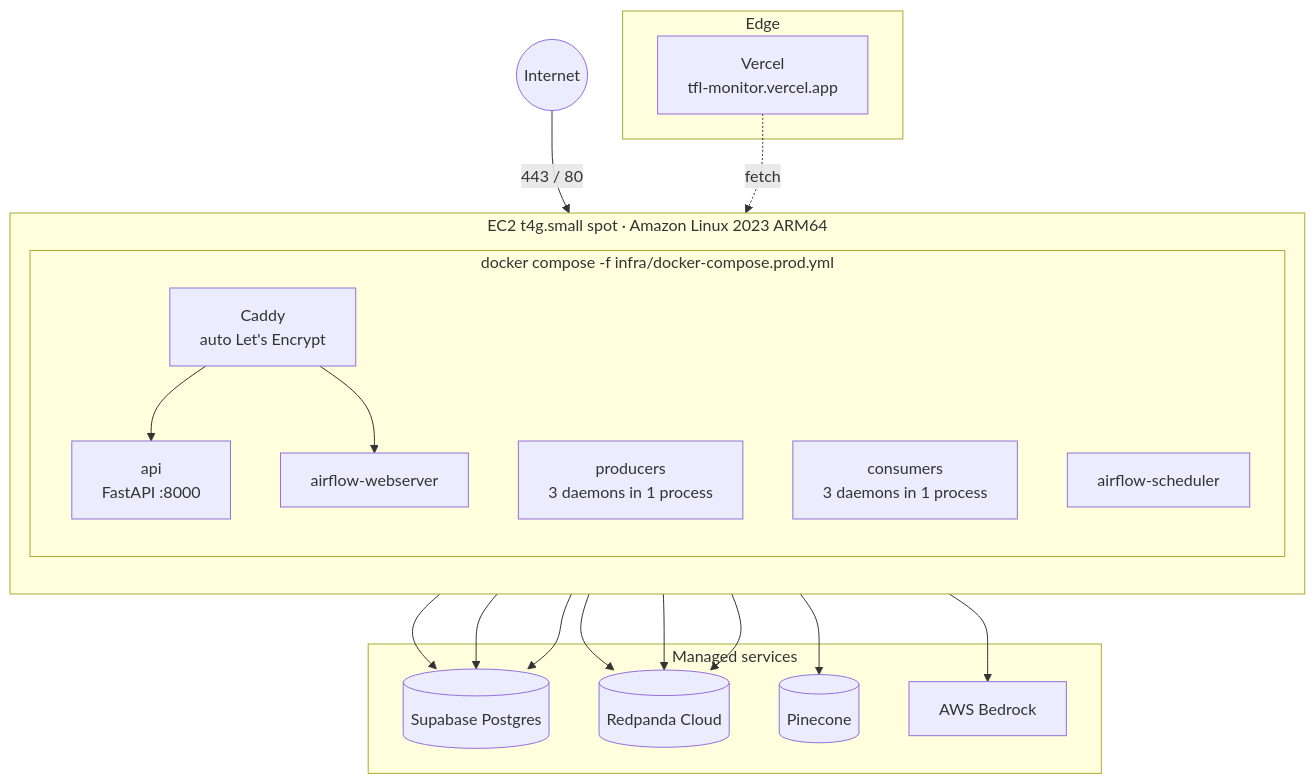
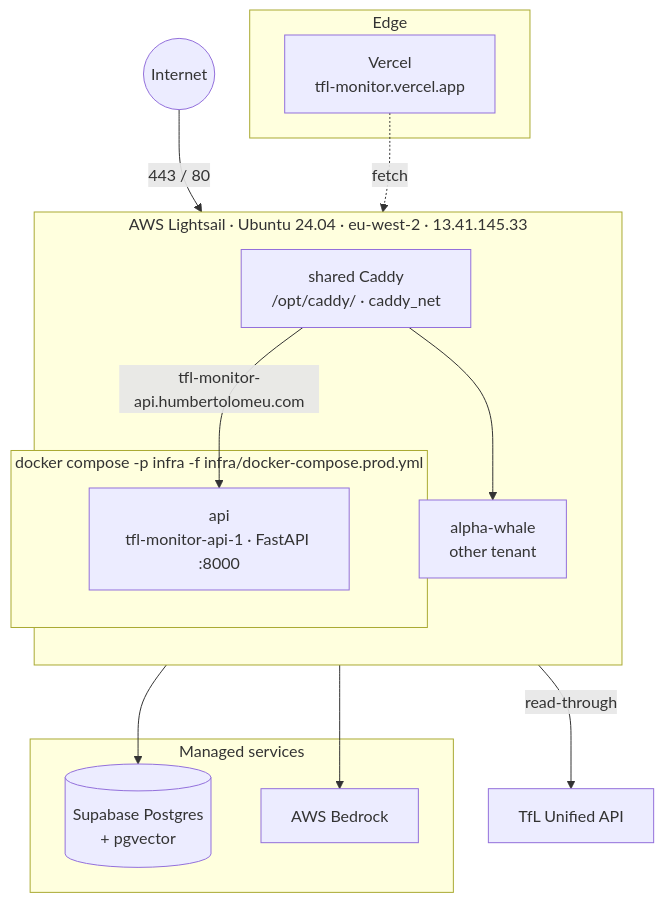
One commit to hcslomeu/tfl-monitor changed the first of 2 diagrams in docs/deployment.md. Above: the diagram before and after it, drawn with Mermaid. The commit also changed other lines of this file and 15 other files, not shown here.

First line of the commit message:
docs: sync mkdocs site with live-proxy architecture (TM-35) (#131)

````diff
--- a/docs/deployment.md
+++ b/docs/deployment.md
@@ -29,36 +31,28 @@
 ```mermaid
 flowchart TB
     INET((Internet))
     INET -->|443 / 80| CADDY
-    subgraph EC2["EC2 t4g.small spot · Amazon Linux 2023 ARM64"]
+    subgraph LS["AWS Lightsail · Ubuntu 24.04 · eu-west-2 · 13.41.145.33"]
       direction TB
-      subgraph DOCKER["docker compose -f infra/docker-compose.prod.yml"]
-        CADDY[Caddy<br/>auto Let's Encrypt]
-        API[api<br/>FastAPI :8000]
-        PROD[producers<br/>3 daemons in 1 process]
-        CONS[consumers<br/>3 daemons in 1 process]
-        SCH[airflow-scheduler]
-        WEB[airflow-webserver]
+      CADDY[shared Caddy<br/>/opt/caddy/ · caddy_net]
+      subgraph INFRA["docker compose -p infra -f infra/docker-compose.prod.yml"]
+        API[api<br/>tfl-monitor-api-1 · FastAPI :8000]
       end
+      ALPHA[alpha-whale<br/>other tenant]
     end
     subgraph CLOUD[Managed services]
-      SB[(Supabase Postgres)]
-      RP[(Redpanda Cloud)]
-      PC[(Pinecone)]
+      SB[(Supabase Postgres<br/>+ pgvector)]
       BR[AWS Bedrock]
     end
     subgraph EDGE[Edge]
       VER[Vercel<br/>tfl-monitor.vercel.app]
     end
-    CADDY --> API
-    CADDY --> WEB
+    TFL[TfL Unified API]
+
+    CADDY -->|tfl-monitor-api.humbertolomeu.com| API
+    CADDY --> ALPHA
+    API -->|read-through| TFL
     API --> SB
     API --> BR
-    API --> PC
-    PROD --> RP
-    CONS --> RP
-    CONS --> SB
-    SCH --> SB
-    SCH --> RP
     VER -.fetch.-> CADDY
 ```
````
